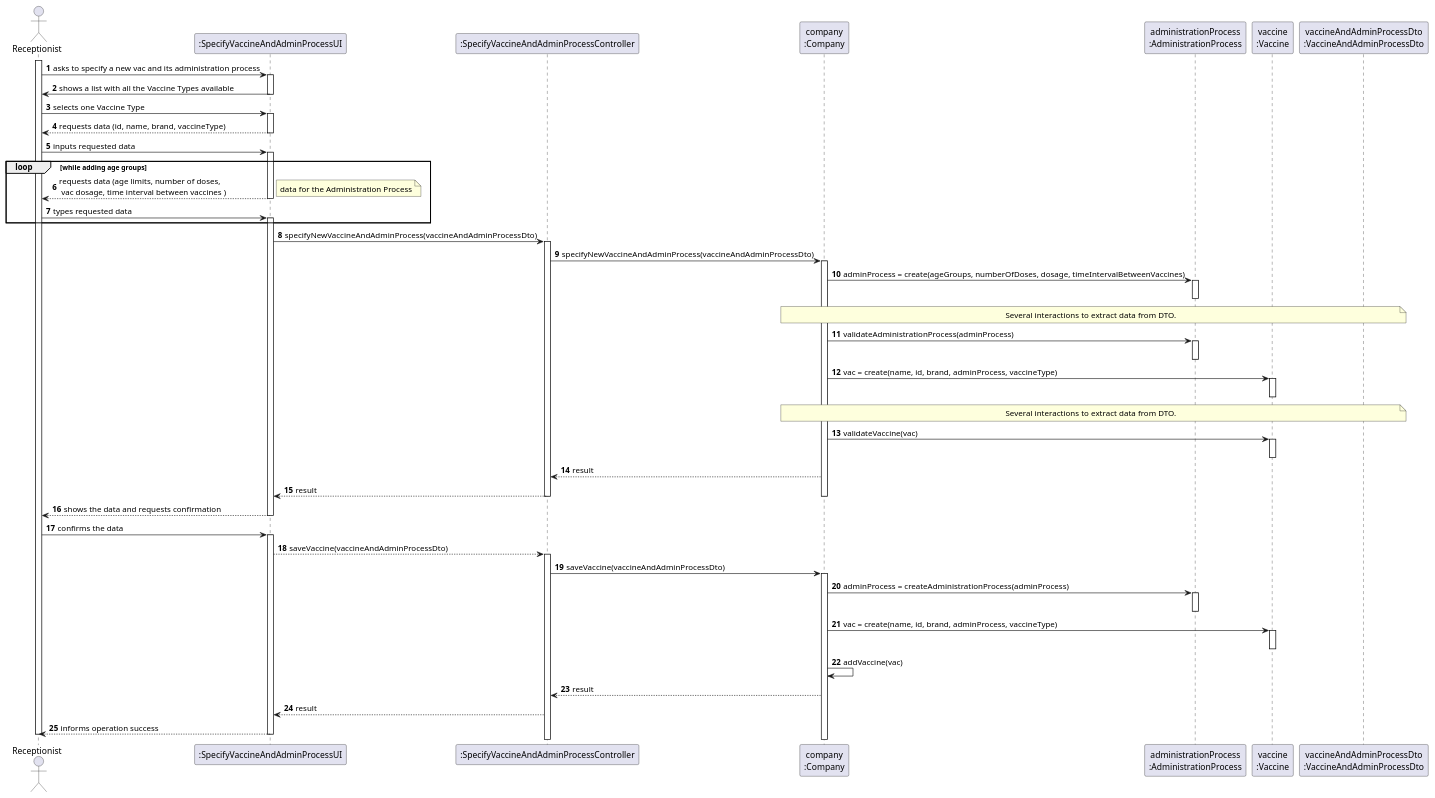
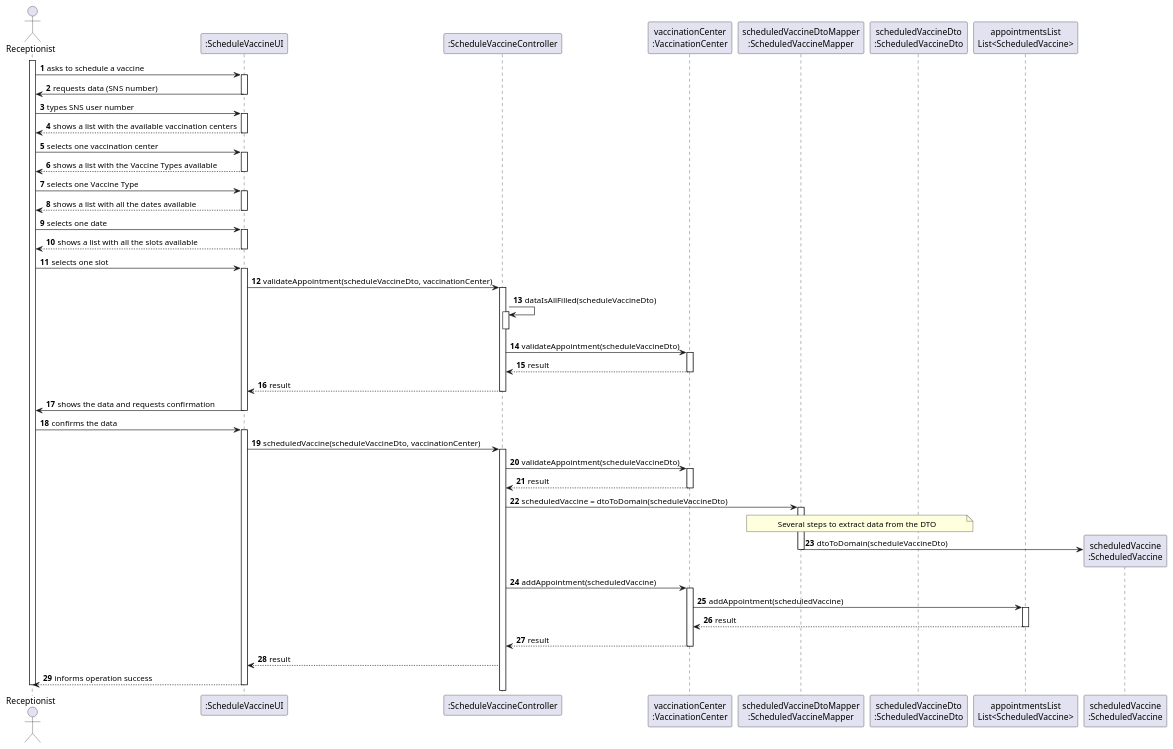
The diagram in docs/SprintC/US001/US001_SD.puml (Pirussa/lei-22-s2-1da-g02), drawn with PlantUML before and after one commit. The commit also changed 3 other files, not shown here.

```diff
--- a/docs/SprintC/US001/US001_SD.puml
+++ b/docs/SprintC/US001/US001_SD.puml
@@ -1,110 +1,118 @@
 @startuml
 
 autonumber
 
 actor Receptionist as R
 
-participant ":SpecifyVaccineAndAdminProcessUI" as UI
-participant ":SpecifyVaccineAndAdminProcessController" as CTRL
-participant "company\n:Company" as C
-participant "administrationProcess\n:AdministrationProcess" as AP
-participant "vaccine\n:Vaccine" as V
-participant "vaccineAndAdminProcessDto\n:VaccineAndAdminProcessDto" as DTO
+participant ":ScheduleVaccineUI" as UI
+participant ":ScheduleVaccineController" as CTRL
+participant "vaccinationCenter\n:VaccinationCenter" as VC
+participant "scheduledVaccineDtoMapper\n:ScheduledVaccineMapper" as M
+participant "scheduledVaccineDto\n:ScheduledVaccineDto" as DTO
+participant "appointmentsList\nList<ScheduledVaccine>" as L
+
+'participant "Utils" as U
 
 activate R
-R -> UI :asks to specify a new vac and its administration process
+R -> UI : asks to schedule a vaccine
+
 
 activate UI
-UI-> R : shows a list with all the Vaccine Types available
+UI-> R : requests data (SNS number)
 deactivate UI
+R-> UI : types SNS user number
 
 
-R-> UI : selects one Vaccine Type
+activate UI
+UI --> R : shows a list with the available vaccination centers
+deactivate UI
+R -> UI : selects one vaccination center
+
+
+activate UI
+ UI --> R : shows a list with the Vaccine Types available
+deactivate UI
+R -> UI : selects one Vaccine Type
+
+
+activate UI
+ UI --> R : shows a list with all the dates available
+deactivate UI
+R -> UI : selects one date
+
+
+activate UI
+ UI --> R : shows a list with all the slots available
+deactivate UI
+R -> UI : selects one slot
 
 
 
 activate UI
-UI --> R : requests data (id, name, brand, vaccineType)
+UI -> CTRL : validateAppointment(scheduleVaccineDto, vaccinationCenter)
+
+activate CTRL
+CTRL -> CTRL : dataIsAllFilled(scheduleVaccineDto)
+activate CTRL
+deactivate CTRL
+CTRL -> VC : validateAppointment(scheduleVaccineDto)
+
+activate VC
+VC ---> CTRL : result
+deactivate VC
+
+
+CTRL ---> UI : result
+deactivate CTRL
+
+UI -> R : shows the data and requests confirmation
 deactivate UI
 
-R -> UI : inputs requested data
-
+R -> UI : confirms the data
 activate UI
 
-loop while adding age groups
- UI --> R : requests data (age limits, number of doses,\n vac dosage, time interval between vaccines )
-
-deactivate UI
-note right
-data for the Administration Process
-end note
+UI -> CTRL : scheduledVaccine(scheduleVaccineDto, vaccinationCenter)
+activate CTRL
 
 
-R -> UI : types requested data
-activate UI
+CTRL -> VC : validateAppointment(scheduleVaccineDto)
 
-end
+activate VC
+VC ---> CTRL : result
+deactivate VC
+CTRL -> M : scheduledVaccine = dtoToDomain(scheduleVaccineDto)
+activate M
+note over M, DTO
+Several steps to extract data from the DTO
+end note
+M -> "scheduledVaccine\n:ScheduledVaccine" ** : dtoToDomain(scheduleVaccineDto)
+deactivate M
+
+CTRL -> VC : addAppointment(scheduledVaccine)
+activate VC
+
+
+VC -> L : addAppointment(scheduledVaccine)
+activate L
+L --> VC : result
+
+deactivate L
+
+VC --> CTRL : result
+
+deactivate VC
 
 
 
-activate UI
-UI -> CTRL : specifyNewVaccineAndAdminProcess(vaccineAndAdminProcessDto)
-
-activate CTRL
-CTRL -> C : specifyNewVaccineAndAdminProcess(vaccineAndAdminProcessDto)
-
-activate C
-C -> AP : adminProcess = create(ageGroups, numberOfDoses, dosage, timeIntervalBetweenVaccines)
-
-note over C, DTO : Several interactions to extract data from DTO.
-
-
-activate AP
-deactivate AP
-
-C -> AP : validateAdministrationProcess(adminProcess)
-activate AP
-deactivate AP
-
-
-C -> V : vac = create(name, id, brand, adminProcess, vaccineType)
-note over C, DTO : Several interactions to extract data from DTO.
-
-activate V
-deactivate V
-
-C -> V : validateVaccine(vac)
-activate V
-deactivate V
-C --> CTRL : result
-CTRL --> UI : result
-deactivate CTRL
-deactivate C
-UI --> R : shows the data and requests confirmation
-deactivate UI
-R -> UI : confirms the data
-activate UI
-UI --> CTRL : saveVaccine(vaccineAndAdminProcessDto)
-
-activate CTRL
-
-CTRL -> C : saveVaccine(vaccineAndAdminProcessDto)
-
-activate C
-C -> AP : adminProcess = createAdministrationProcess(adminProcess)
-activate AP
-deactivate AP
-C -> V :vac = create(name, id, brand, adminProcess, vaccineType)
-activate V
-deactivate V
-
-C -> C : addVaccine(vac)
 
 
 
-C --> CTRL : result
+
+
+
+
 CTRL ---> UI : result
 UI --> R : informs operation success
 deactivate UI
 deactivate R
 @enduml
```
